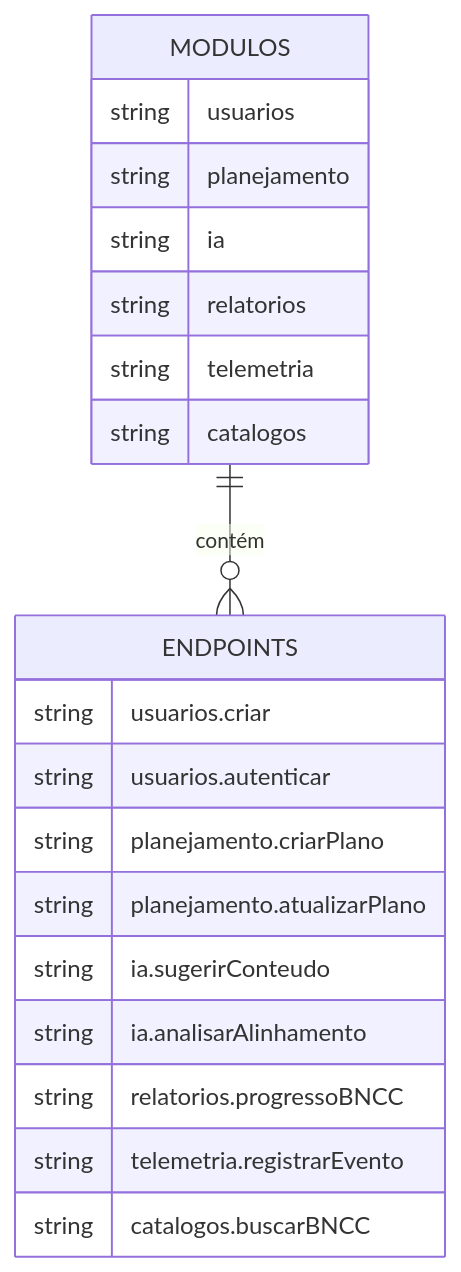
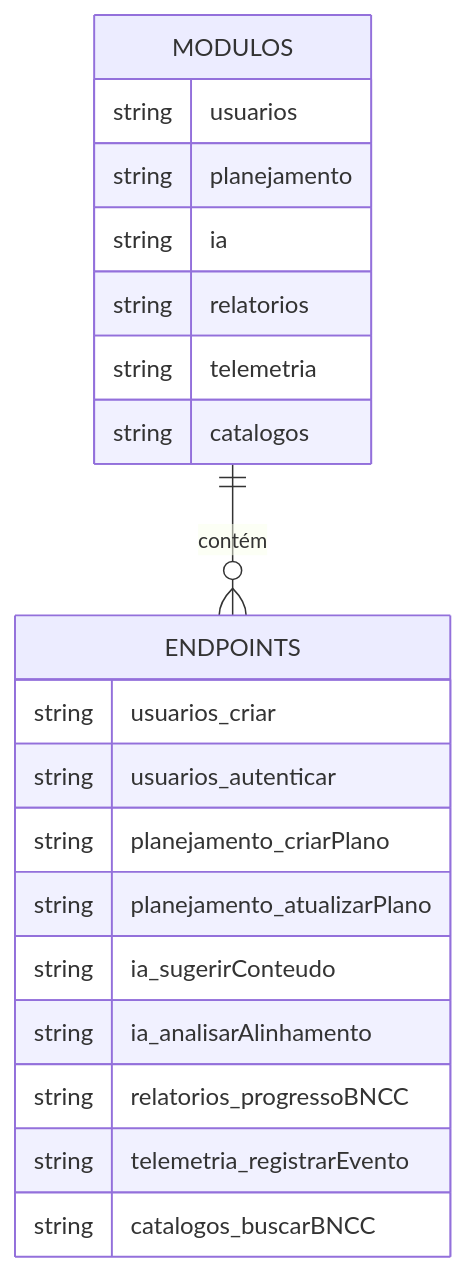
The eighth of 9 diagrams in .qoder/repowiki/pt/content/Integração com N8N.md (jordansmedeiros/virtuquest), drawn with Mermaid before and after one commit. The commit also changed other lines of this file and 22 other files, not shown here.

````diff
--- a/.qoder/repowiki/pt/content/Integração com N8N.md
+++ b/.qoder/repowiki/pt/content/Integração com N8N.md
@@ -302,23 +309,23 @@
 ```mermaid
 erDiagram
 ENDPOINTS {
-string usuarios.criar
-string usuarios.autenticar
-string planejamento.criarPlano
-string planejamento.atualizarPlano
-string ia.sugerirConteudo
-string ia.analisarAlinhamento
-string relatorios.progressoBNCC
-string telemetria.registrarEvento
-string catalogos.buscarBNCC
+string usuarios_criar
+string usuarios_autenticar
+string planejamento_criarPlano
+string planejamento_atualizarPlano
+string ia_sugerirConteudo
+string ia_analisarAlinhamento
+string relatorios_progressoBNCC
+string telemetria_registrarEvento
+string catalogos_buscarBNCC
 }
 MODULOS {
 string usuarios
 string planejamento
 string ia
 string relatorios
 string telemetria
 string catalogos
 }
 MODULOS ||--o{ ENDPOINTS : "contém"
 ```
````
